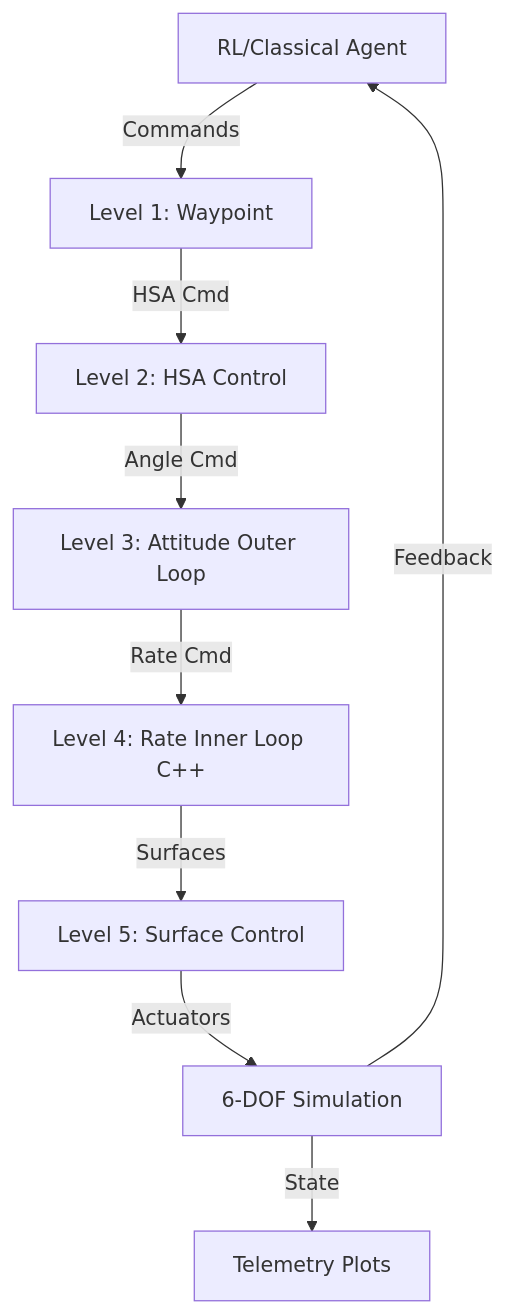
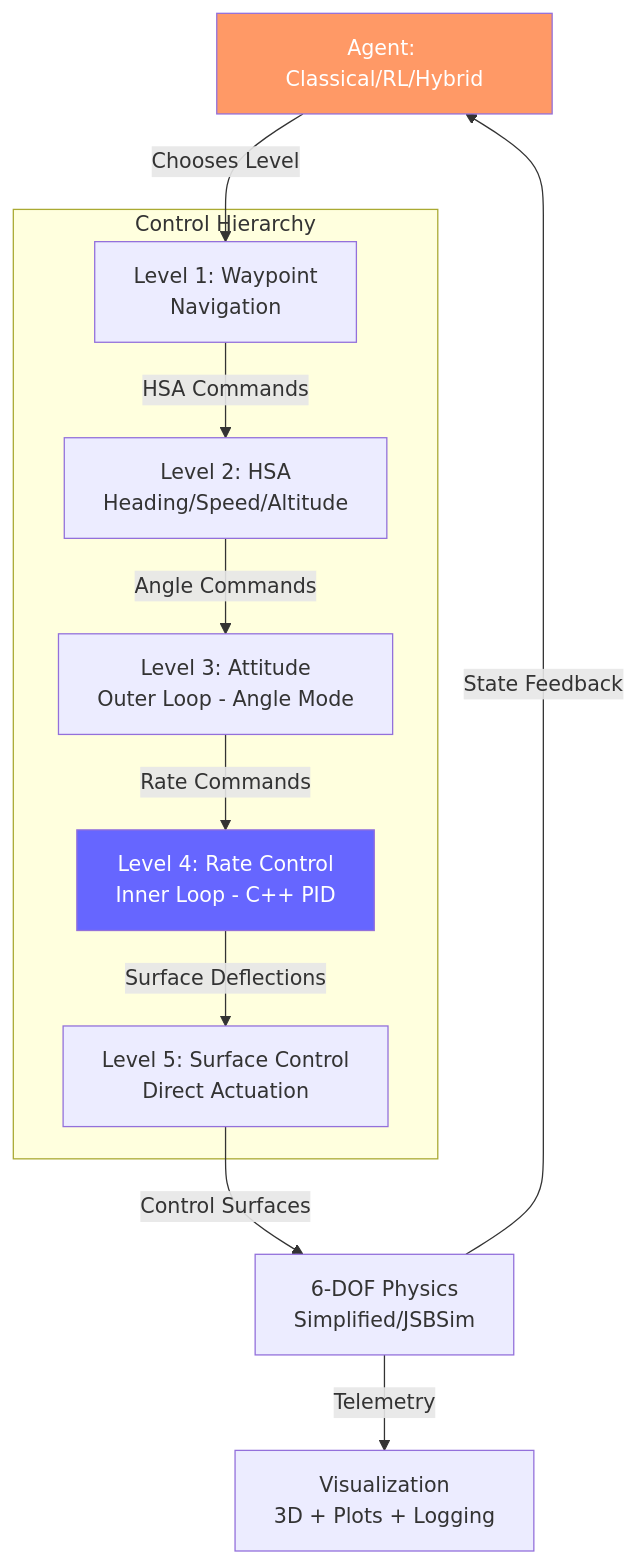
Before and after one commit to lhwright13/Hybrid-Classical-and-Reinforcement-Learning-Aircraft-Controllers: the diagram in README.md, drawn with Mermaid. The commit also changed other lines of this file and 106 other files, not shown here.

````diff
--- a/README.md
+++ b/README.md
@@ -5,11 +48,19 @@
 ```mermaid
 graph TB
-    Agent[RL/Classical Agent] -->|Commands| L1[Level 1: Waypoint]
-    L1 -->|HSA Cmd| L2[Level 2: HSA Control]
-    L2 -->|Angle Cmd| L3[Level 3: Attitude Outer Loop]
-    L3 -->|Rate Cmd| L4[Level 4: Rate Inner Loop C++]
-    L4 -->|Surfaces| L5[Level 5: Surface Control]
-    L5 -->|Actuators| SIM[6-DOF Simulation]
-    SIM -->|State| VIZ[Telemetry Plots]
-    SIM -->|Feedback| Agent
+    Agent[Agent: Classical/RL/Hybrid] -->|Chooses Level| L1
+
+    subgraph "Control Hierarchy"
+        L1[Level 1: Waypoint<br/>Navigation] -->|HSA Commands| L2[Level 2: HSA<br/>Heading/Speed/Altitude]
+        L2 -->|Angle Commands| L3[Level 3: Attitude<br/>Outer Loop - Angle Mode]
+        L3 -->|Rate Commands| L4[Level 4: Rate Control<br/>Inner Loop - C++ PID]
+        L4 -->|Surface Deflections| L5[Level 5: Surface Control<br/>Direct Actuation]
+    end
+
+    L5 -->|Control Surfaces| Sim[6-DOF Physics<br/>Simplified/JSBSim]
+    Sim -->|State Feedback| Agent
+
+    Sim -->|Telemetry| Viz[Visualization<br/>3D + Plots + Logging]
+
+    style L4 fill:#66f,color:#fff
+    style Agent fill:#f96,color:#fff
 ```
````
